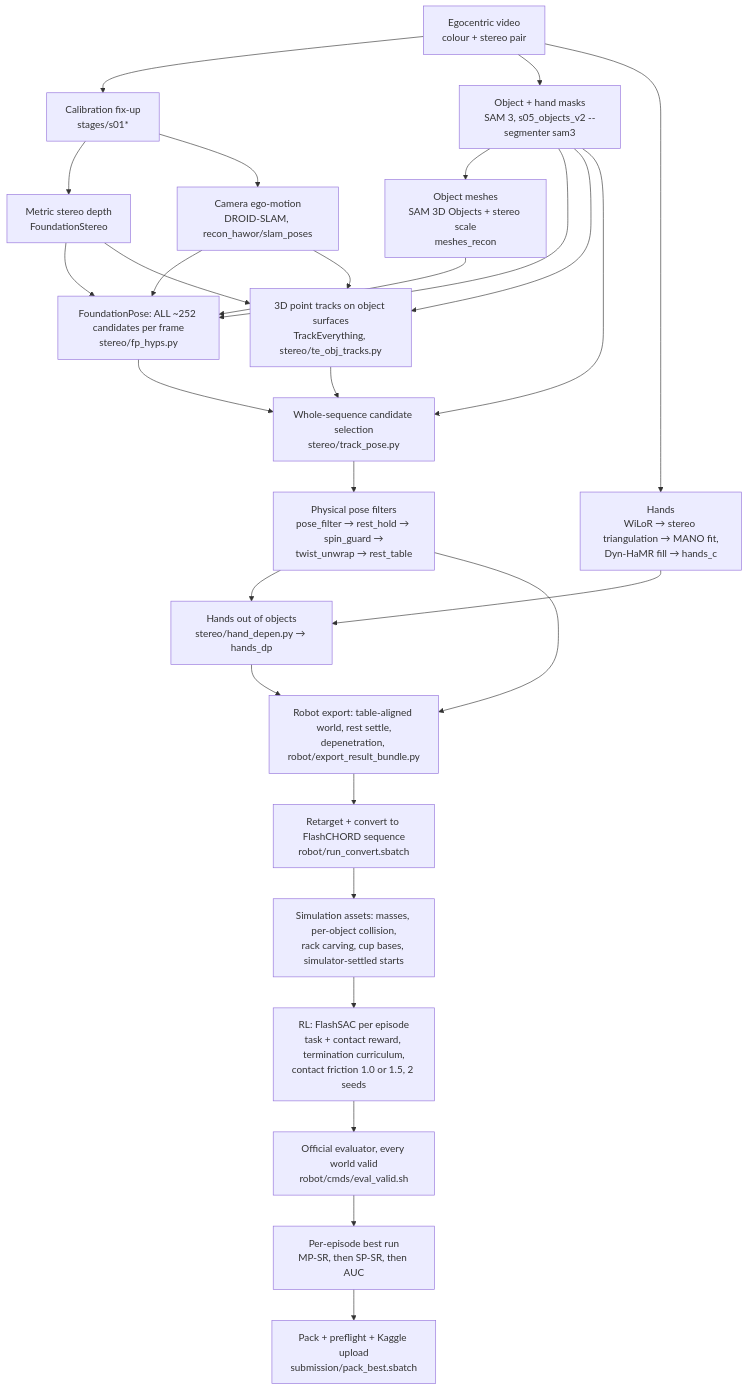
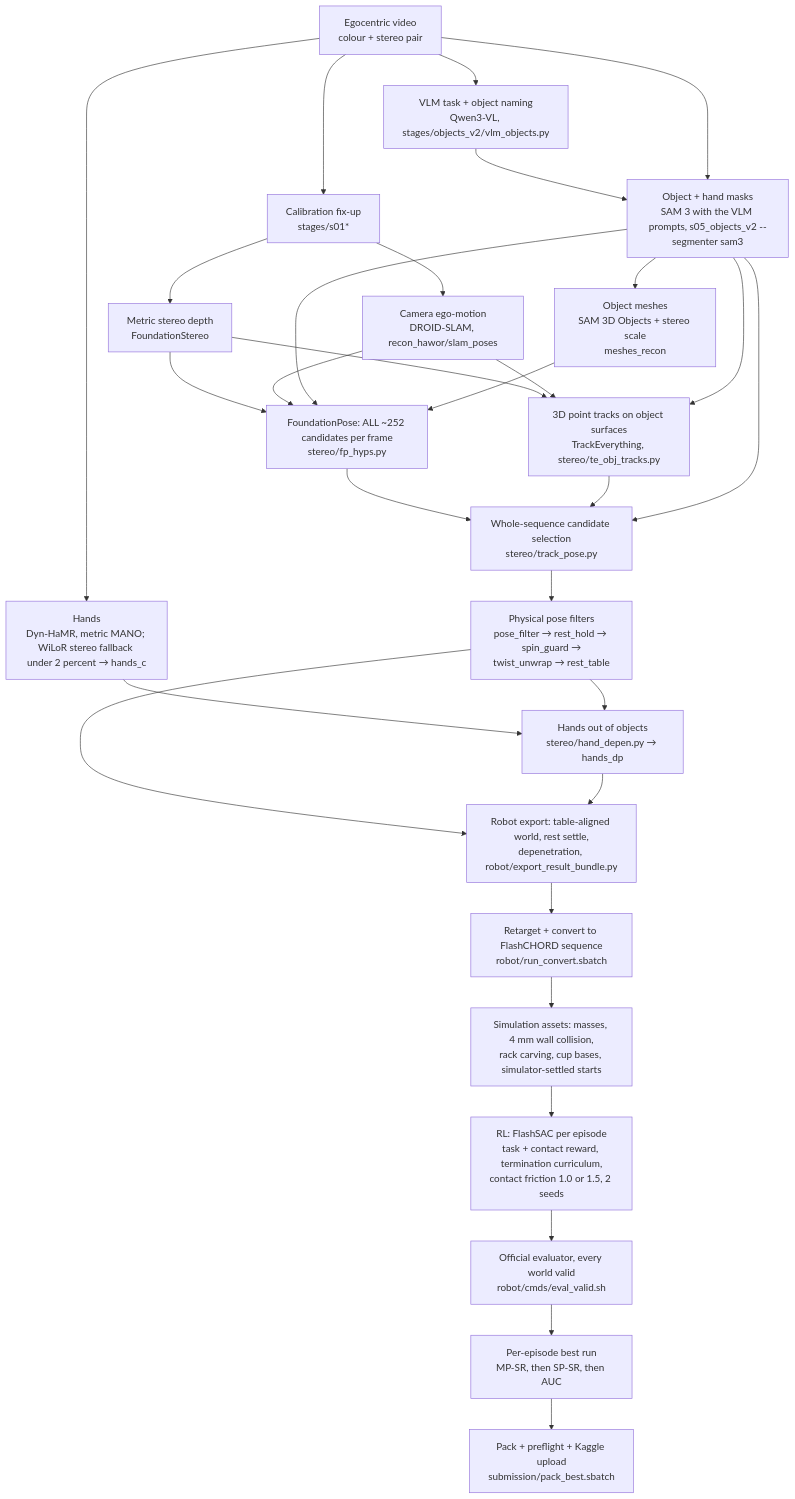
One commit to KiaRational/v2d-track3 changed the diagram in docs/SYSTEM.md. Above: the diagram before and after it, drawn with Mermaid. The commit also changed other lines of this file and 28 other files, not shown here.

Commit message:
VLM task/object naming stage (Qwen3-VL -> SAM 3 prompts, verify vs mask), s05 --prompts vlm; architecture figure + assets; SYSTEM.md audit corrections (Dyn-HaMR hands, 4 mm collision, dust pan not submitted, per-episode contents, agentic reviewer dropped); report fixes

````diff
--- a/docs/SYSTEM.md
+++ b/docs/SYSTEM.md
@@ -28,21 +34,23 @@
 ```mermaid
 flowchart TD
+  Q["VLM task + object naming<br/>Qwen3-VL, stages/objects_v2/vlm_objects.py"] --> M
+  V["Egocentric video<br/>colour + stereo pair"] --> Q
   V["Egocentric video<br/>colour + stereo pair"] --> C["Calibration fix-up<br/>stages/s01*"]
   C --> D["Metric stereo depth<br/>FoundationStereo"]
   C --> S["Camera ego-motion<br/>DROID-SLAM, recon_hawor/slam_poses"]
-  V --> M["Object + hand masks<br/>SAM 3, s05_objects_v2 --segmenter sam3"]
+  V --> M["Object + hand masks<br/>SAM 3 with the VLM prompts, s05_objects_v2 --segmenter sam3"]
   M --> R["Object meshes<br/>SAM 3D Objects + stereo scale<br/>meshes_recon"]
-  V --> H["Hands<br/>WiLoR → stereo triangulation → MANO fit,<br/>Dyn-HaMR fill → hands_c"]
+  V --> H["Hands<br/>Dyn-HaMR, metric MANO; WiLoR stereo fallback under 2 percent → hands_c"]
   D & S & M & R --> P1["FoundationPose: ALL ~252 candidates per frame<br/>stereo/fp_hyps.py"]
   D & S & M --> P2["3D point tracks on object surfaces<br/>TrackEverything, stereo/te_obj_tracks.py"]
   P1 & P2 & M --> P3["Whole-sequence candidate selection<br/>stereo/track_pose.py"]
   P3 --> P4["Physical pose filters<br/>pose_filter → rest_hold → spin_guard →<br/>twist_unwrap → rest_table"]
   H & P4 --> HD["Hands out of objects<br/>stereo/hand_depen.py → hands_dp"]
   P4 & HD --> E["Robot export: table-aligned world, rest settle,<br/>depenetration, robot/export_result_bundle.py"]
   E --> K["Retarget + convert to FlashCHORD sequence<br/>robot/run_convert.sbatch"]
-  K --> A["Simulation assets: masses, per-object collision,<br/>rack carving, cup bases, simulator-settled starts"]
+  K --> A["Simulation assets: masses, 4 mm wall collision,<br/>rack carving, cup bases, simulator-settled starts"]
   A --> T["RL: FlashSAC per episode<br/>task + contact reward, termination curriculum,<br/>contact friction 1.0 or 1.5, 2 seeds"]
   T --> EV["Official evaluator, every world valid<br/>robot/cmds/eval_valid.sh"]
   EV --> SEL["Per-episode best run<br/>MP-SR, then SP-SR, then AUC"]
   SEL --> PK["Pack + preflight + Kaggle upload<br/>submission/pack_best.sbatch"]
 ```
````
